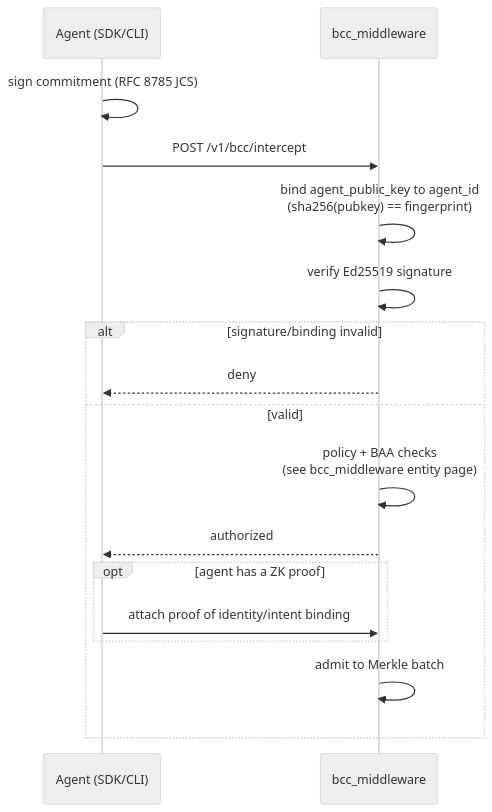
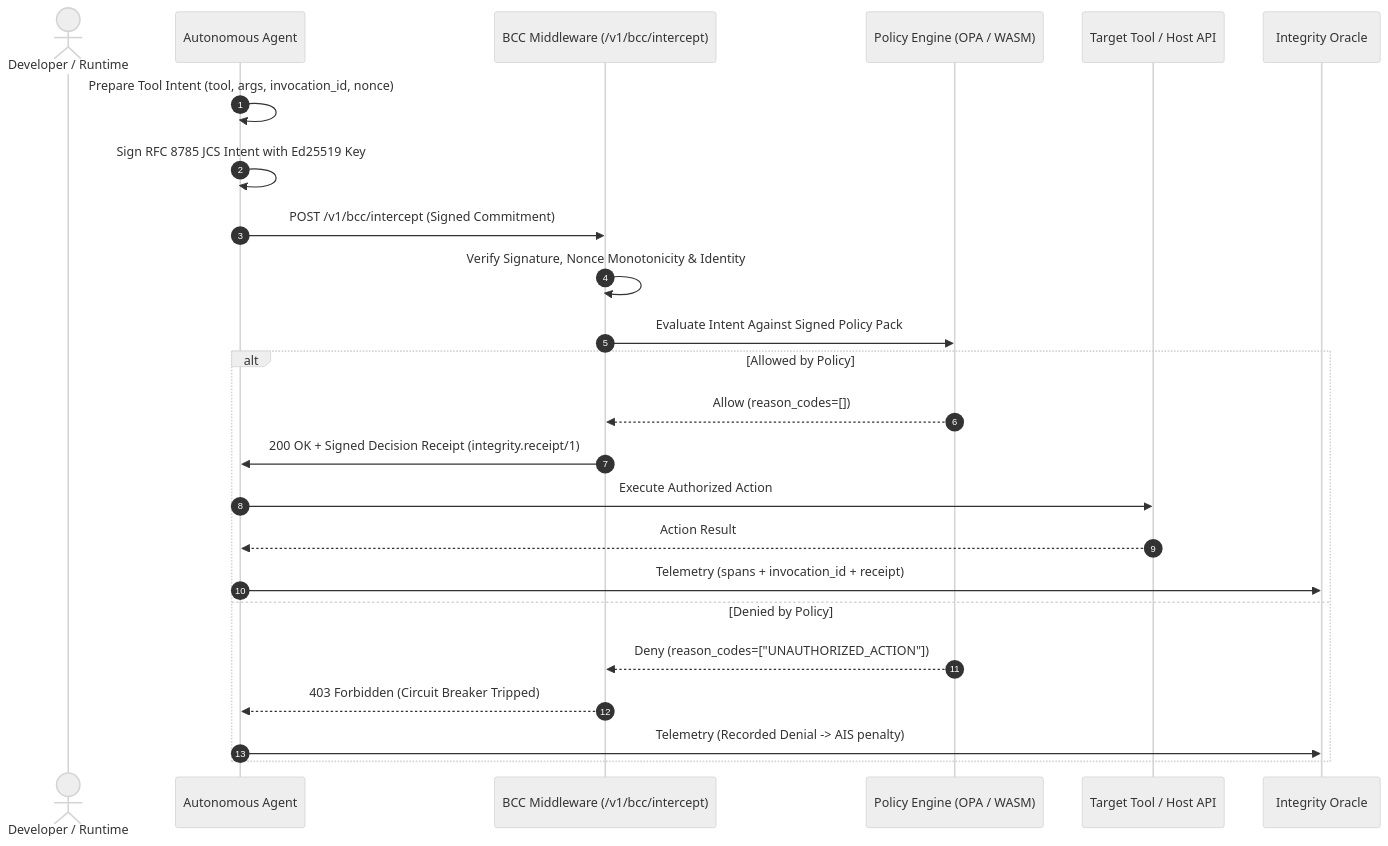
One commit to XibalbaTechSol/integrity-core changed the diagram in docs/wiki/concepts/bcc.md. Above: the diagram before and after it, drawn with Mermaid (neutral theme). The commit also changed other lines of this file and 22 other files, not shown here.

Commit message:
docs: audit and reframe wiki around AI agent control layer and policy packs (#195)

````diff
--- a/docs/wiki/concepts/bcc.md
+++ b/docs/wiki/concepts/bcc.md
@@ -83,19 +24,27 @@
 ```mermaid
 sequenceDiagram
-    participant Agent as Agent (SDK/CLI)
-    participant MW as bcc_middleware
-    Agent->>Agent: sign commitment (RFC 8785 JCS)
-    Agent->>MW: POST /v1/bcc/intercept
-    MW->>MW: bind agent_public_key to agent_id<br/>(sha256(pubkey) == fingerprint)
-    MW->>MW: verify Ed25519 signature
-    alt signature/binding invalid
-        MW-->>Agent: deny
-    else valid
-        MW->>MW: policy + BAA checks<br/>(see bcc_middleware entity page)
-        MW-->>Agent: authorized
-        opt agent has a ZK proof
-            Agent->>MW: attach proof of identity/intent binding
-        end
-        MW->>MW: admit to Merkle batch
+    autonumber
+    actor Dev as Developer / Runtime
+    participant Agent as Autonomous Agent
+    participant BCC as BCC Middleware (/v1/bcc/intercept)
+    participant Engine as Policy Engine (OPA / WASM)
+    participant Tool as Target Tool / Host API
+    participant Oracle as Integrity Oracle
+
+    Agent->>Agent: Prepare Tool Intent (tool, args, invocation_id, nonce)
+    Agent->>Agent: Sign RFC 8785 JCS Intent with Ed25519 Key
+    Agent->>BCC: POST /v1/bcc/intercept (Signed Commitment)
+    BCC->>BCC: Verify Signature, Nonce Monotonicity & Identity
+    BCC->>Engine: Evaluate Intent Against Signed Policy Pack
+    alt Allowed by Policy
+        Engine-->>BCC: Allow (reason_codes=[])
+        BCC->>Agent: 200 OK + Signed Decision Receipt (integrity.receipt/1)
+        Agent->>Tool: Execute Authorized Action
+        Tool-->>Agent: Action Result
+        Agent->>Oracle: Telemetry (spans + invocation_id + receipt)
+    else Denied by Policy
+        Engine-->>BCC: Deny (reason_codes=["UNAUTHORIZED_ACTION"])
+        BCC-->>Agent: 403 Forbidden (Circuit Breaker Tripped)
+        Agent->>Oracle: Telemetry (Recorded Denial -> AIS penalty)
     end
 ```
````
